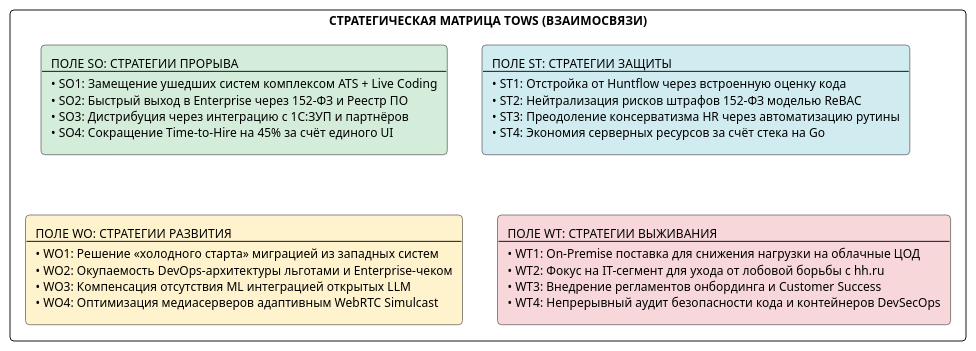
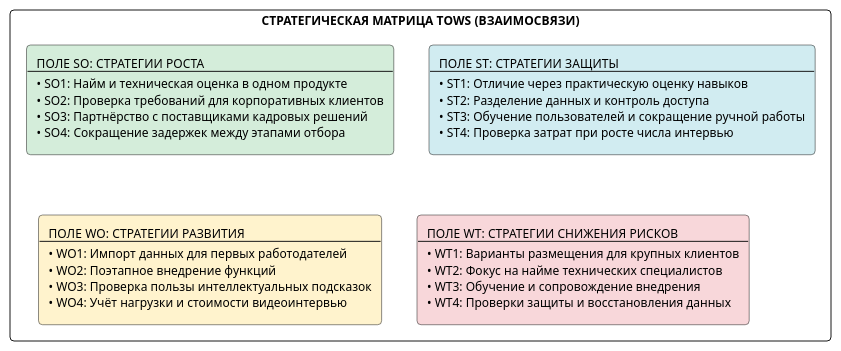
The second of 4 diagrams in docs/project/01-general/03-swot-analysis.md (krackl1n/careeria), drawn with PlantUML before and after one commit. The commit also changed other lines of this file and 37 other files, not shown here.

````diff
--- a/docs/project/01-general/03-swot-analysis.md
+++ b/docs/project/01-general/03-swot-analysis.md
@@ -139,16 +141,16 @@
 ```plantuml
 @startuml
 skinparam rectangle {
   RoundCorner 8
   FontName Arial
   FontSize 12
 }
 
 rectangle "СТРАТЕГИЧЕСКАЯ МАТРИЦА TOWS (ВЗАИМОСВЯЗИ)" as TOWS {
-  rectangle "ПОЛЕ SO: СТРАТЕГИИ ПРОРЫВА\n---\n• SO1: Замещение ушедших систем комплексом ATS + Live Coding\n• SO2: Быстрый выход в Enterprise через 152-ФЗ и Реестр ПО\n• SO3: Дистрибуция через интеграцию с 1С:ЗУП и партнёров\n• SO4: Сокращение Time-to-Hire на 45% за счёт единого UI" as SO #D4EDDA
-  rectangle "ПОЛЕ ST: СТРАТЕГИИ ЗАЩИТЫ\n---\n• ST1: Отстройка от Huntflow через встроенную оценку кода\n• ST2: Нейтрализация рисков штрафов 152-ФЗ моделью ReBAC\n• ST3: Преодоление консерватизма HR через автоматизацию рутины\n• ST4: Экономия серверных ресурсов за счёт стека на Go" as ST #D1ECF1
-  rectangle "ПОЛЕ WO: СТРАТЕГИИ РАЗВИТИЯ\n---\n• WO1: Решение «холодного старта» миграцией из западных систем\n• WO2: Окупаемость DevOps-архитектуры льготами и Enterprise-чеком\n• WO3: Компенсация отсутствия ML интеграцией открытых LLM\n• WO4: Оптимизация медиасерверов адаптивным WebRTC Simulcast" as WO #FFF3CD
-  rectangle "ПОЛЕ WT: СТРАТЕГИИ ВЫЖИВАНИЯ\n---\n• WT1: On-Premise поставка для снижения нагрузки на облачные ЦОД\n• WT2: Фокус на IT-сегмент для ухода от лобовой борьбы с hh.ru\n• WT3: Внедрение регламентов онбординга и Customer Success\n• WT4: Непрерывный аудит безопасности кода и контейнеров DevSecOps" as WT #F8D7DA
+  rectangle "ПОЛЕ SO: СТРАТЕГИИ РОСТА\n---\n• SO1: Найм и техническая оценка в одном продукте\n• SO2: Проверка требований для корпоративных клиентов\n• SO3: Партнёрство с поставщиками кадровых решений\n• SO4: Сокращение задержек между этапами отбора" as SO #D4EDDA
+  rectangle "ПОЛЕ ST: СТРАТЕГИИ ЗАЩИТЫ\n---\n• ST1: Отличие через практическую оценку навыков\n• ST2: Разделение данных и контроль доступа\n• ST3: Обучение пользователей и сокращение ручной работы\n• ST4: Проверка затрат при росте числа интервью" as ST #D1ECF1
+  rectangle "ПОЛЕ WO: СТРАТЕГИИ РАЗВИТИЯ\n---\n• WO1: Импорт данных для первых работодателей\n• WO2: Поэтапное внедрение функций\n• WO3: Проверка пользы интеллектуальных подсказок\n• WO4: Учёт нагрузки и стоимости видеоинтервью" as WO #FFF3CD
+  rectangle "ПОЛЕ WT: СТРАТЕГИИ СНИЖЕНИЯ РИСКОВ\n---\n• WT1: Варианты размещения для крупных клиентов\n• WT2: Фокус на найме технических специалистов\n• WT3: Обучение и сопровождение внедрения\n• WT4: Проверки защиты и восстановления данных" as WT #F8D7DA
 }
 @enduml
 ```
````
